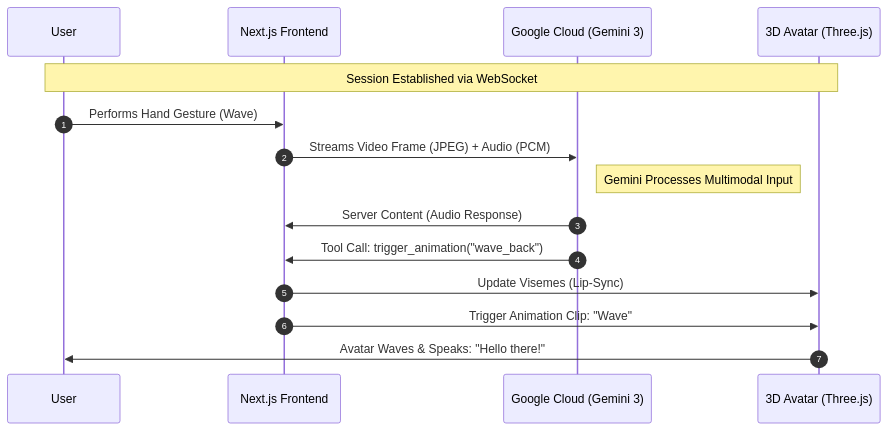
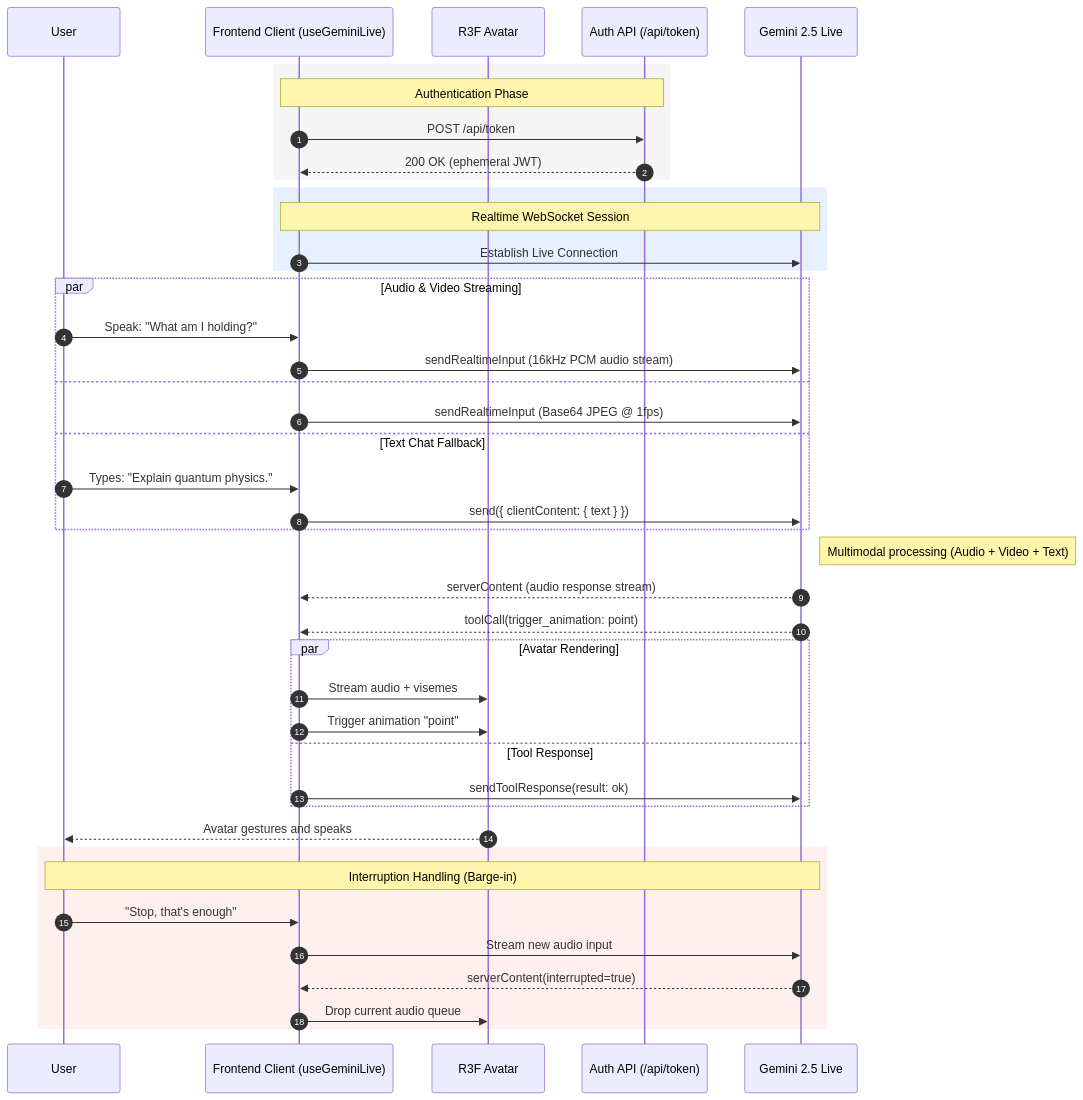
Before and after one commit to princegarg001/digital-Lige-identifier: the second of 2 diagrams in project_docs/architecture/diagrams.md, drawn with Mermaid. The commit also changed other lines of this file and 2 other files, not shown here.

Commit message:
docs: update README, license, and multimodal diagrams

````diff
--- a/project_docs/architecture/diagrams.md
+++ b/project_docs/architecture/diagrams.md
@@ -35,22 +49,68 @@
 ```mermaid
 sequenceDiagram
     autonumber
-    participant U as User
-    participant F as Next.js Frontend
-    participant G as Google Cloud (Gemini 3)
-    participant A as 3D Avatar (Three.js)
+    
+    participant User
+    participant Client as Frontend Client (useGeminiLive)
+    participant Avatar as R3F Avatar
+    participant API as Auth API (/api/token)
+    participant Gemini as Gemini 2.5 Live
 
-    Note over U, A: Session Established via WebSocket
-    U->>F: Performs Hand Gesture (Wave)
-    F->>G: Streams Video Frame (JPEG) + Audio (PCM)
-    
-    Note right of G: Gemini Processes Multimodal Input
-    
-    G->>F: Server Content (Audio Response)
-    G->>F: Tool Call: trigger_animation("wave_back")
-    
-    F->>A: Update Visemes (Lip-Sync)
-    F->>A: Trigger Animation Clip: "Wave"
-    
-    A->>U: Avatar Waves & Speaks: "Hello there!"
+    %% -----------------------------
+    %% Authentication Phase
+    %% -----------------------------
+    rect rgb(245,245,245)
+    Note over Client,API: Authentication Phase
+    Client->>API: POST /api/token
+    API-->>Client: 200 OK (ephemeral JWT)
+    end
+
+    %% -----------------------------
+    %% Realtime Session Setup
+    %% -----------------------------
+    rect rgb(230,240,255)
+    Note over Client,Gemini: Realtime WebSocket Session
+    Client->>Gemini: Establish Live Connection
+    end
+
+    %% -----------------------------
+    %% Multimodal User Interaction
+    %% -----------------------------
+    par Audio & Video Streaming
+        User->>Client: Speak: "What am I holding?"
+        Client->>Gemini: sendRealtimeInput (16kHz PCM audio stream)
+    and
+        Client->>Gemini: sendRealtimeInput (Base64 JPEG @ 1fps)
+    and Text Chat Fallback
+        User->>Client: Types: "Explain quantum physics."
+        Client->>Gemini: send({ clientContent: { text } })
+    end
+
+    Note right of Gemini: Multimodal processing (Audio + Video + Text)
+
+    Gemini-->>Client: serverContent (audio response stream)
+    Gemini-->>Client: toolCall(trigger_animation: point)
+
+    %% -----------------------------
+    %% Parallel Processing
+    %% -----------------------------
+    par Avatar Rendering
+        Client->>Avatar: Stream audio + visemes
+        Client->>Avatar: Trigger animation "point"
+    and Tool Response
+        Client->>Gemini: sendToolResponse(result: ok)
+    end
+
+    Avatar-->>User: Avatar gestures and speaks
+
+    %% -----------------------------
+    %% Barge-in / Interruption
+    %% -----------------------------
+    rect rgb(255,240,240)
+    Note over User,Gemini: Interruption Handling (Barge-in)
+    User->>Client: "Stop, that's enough"
+    Client->>Gemini: Stream new audio input
+    Gemini-->>Client: serverContent(interrupted=true)
+    Client->>Avatar: Drop current audio queue
+    end
 ```
````
